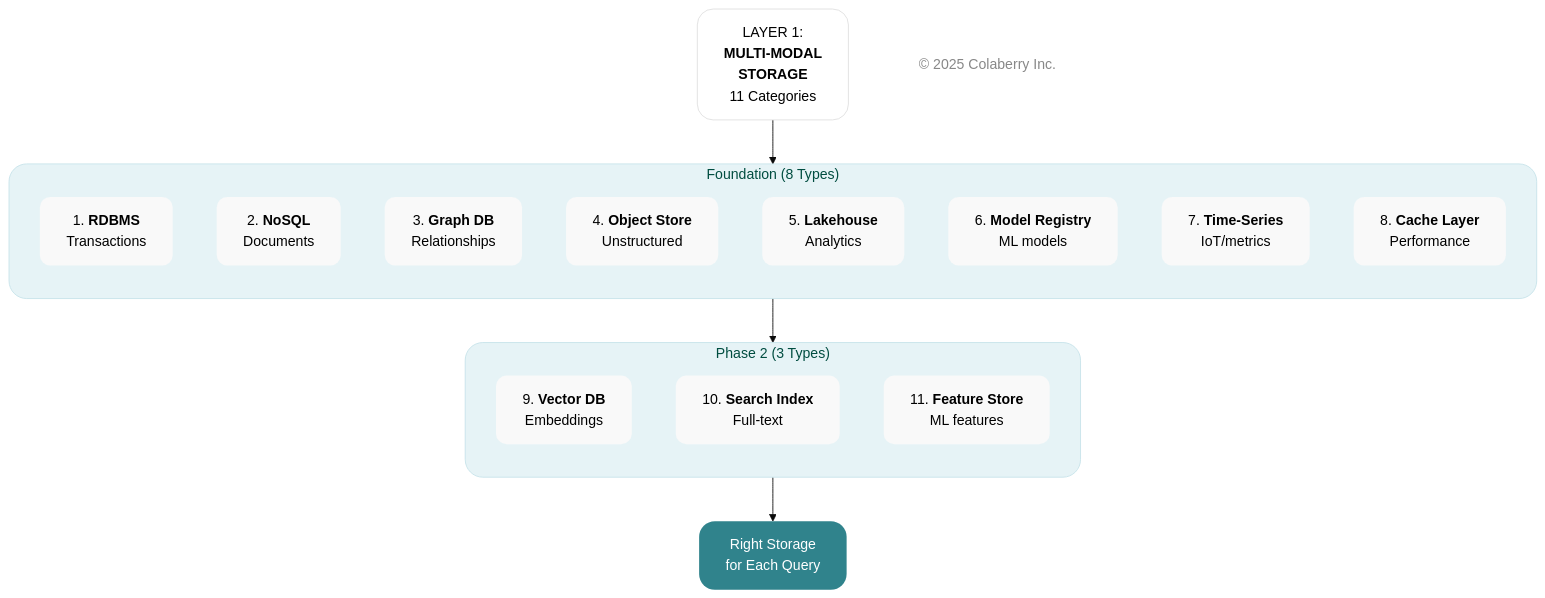
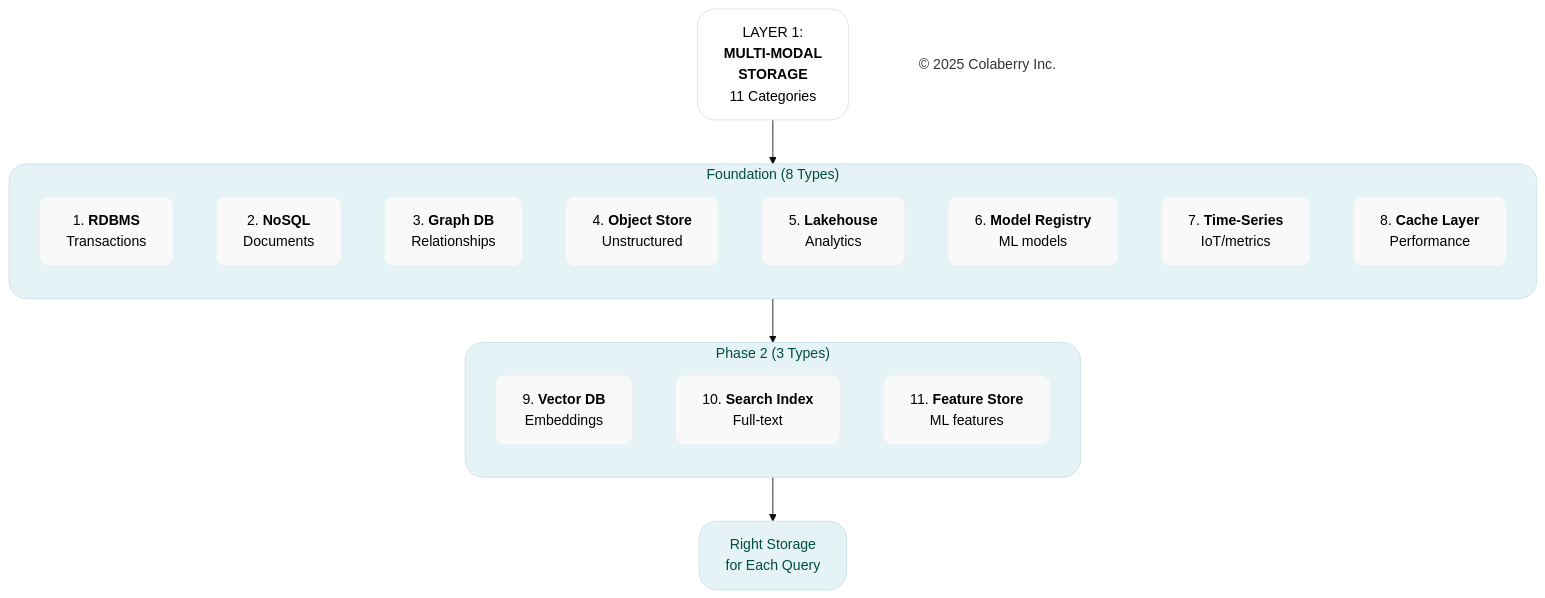
The fifth of 11 diagrams in manuscript/05_chapter_4_foundation_layers.md (saitejesh-cyber/trust-before-intelligence-book), drawn with Mermaid (base theme) before and after one commit. The commit also changed other lines of this file and 4 other files, not shown here.

````diff
--- a/manuscript/05_chapter_4_foundation_layers.md
+++ b/manuscript/05_chapter_4_foundation_layers.md
@@ -395,48 +395,48 @@
 ```mermaid
 
 graph TB
     TITLE["LAYER 1:<br/><b>MULTI-MODAL</b><br/><b>STORAGE</b><br/>11 Categories"]
     
     subgraph FOUNDATION["Foundation (8 Types)"]
         direction TB
         S1["1. <b>RDBMS</b><br/>Transactions"]
         S2["2. <b>NoSQL</b><br/>Documents"]
         S3["3. <b>Graph DB</b><br/>Relationships"]
         S4["4. <b>Object Store</b><br/>Unstructured"]
         S5["5. <b>Lakehouse</b><br/>Analytics"]
         S6["6. <b>Model Registry</b><br/>ML models"]
         S7["7. <b>Time-Series</b><br/>IoT/metrics"]
         S8["8. <b>Cache Layer</b><br/>Performance"]    
     end
     
     subgraph PHASE2["Phase 2 (3 Types)"]
         direction TB
         S9["9. <b>Vector DB</b><br/>Embeddings"]
         S10["10. <b>Search Index</b><br/>Full-text"]
         S11["11. <b>Feature Store</b><br/>ML features"]
     end
     
     OUTPUT["Right Storage<br/>for Each Query"]
     
     Copyright["© 2025 Colaberry Inc."]
 
     TITLE --> FOUNDATION --> PHASE2 --> OUTPUT
 
-    style TITLE fill:#ffffff,stroke:#e0e0e0,stroke-width:1px,color:#000000,rx:18,ry:18
-    style Copyright fill:none,stroke:none,color:#888888
+    style TITLE fill:#ffffff,stroke:#e0e0e0,stroke-width:1px,color:#000000,rx:20,ry:20
+    style Copyright fill:none,stroke:none,color:#333333
     style FOUNDATION fill:#e6f3f6,stroke:#c7e3ea,stroke-width:1px,color:#004d40,rx:20,ry:20
     style PHASE2 fill:#e6f3f6,stroke:#c7e3ea,stroke-width:1px,color:#004d40,rx:20,ry:20
-    style S1 fill:#f9f9f9,stroke:none,color:#000000,rx:12,ry:12
-    style S2 fill:#f9f9f9,stroke:none,color:#000000,rx:12,ry:12
-    style S3 fill:#f9f9f9,stroke:none,color:#000000,rx:12,ry:12
-    style S4 fill:#f9f9f9,stroke:none,color:#000000,rx:12,ry:12
-    style S5 fill:#f9f9f9,stroke:none,color:#000000,rx:12,ry:12
-    style S6 fill:#f9f9f9,stroke:none,color:#000000,rx:12,ry:12
-    style S7 fill:#f9f9f9,stroke:none,color:#000000,rx:12,ry:12
-    style S8 fill:#f9f9f9,stroke:none,color:#000000,rx:12,ry:12
-    style S9 fill:#f9f9f9,stroke:none,color:#000000,rx:12,ry:12
-    style S10 fill:#f9f9f9,stroke:none,color:#000000,rx:12,ry:12
-    style S11 fill:#f9f9f9,stroke:none,color:#000000,rx:12,ry:12
-    style OUTPUT fill:#30838C,stroke:none,color:#ffffff,rx:18,ry:18
+    style S1 fill:#f9f9f9,stroke:none,color:#000000,rx:10,ry:10
+    style S2 fill:#f9f9f9,stroke:none,color:#000000,rx:10,ry:10
+    style S3 fill:#f9f9f9,stroke:none,color:#000000,rx:10,ry:10
+    style S4 fill:#f9f9f9,stroke:none,color:#000000,rx:10,ry:10
+    style S5 fill:#f9f9f9,stroke:none,color:#000000,rx:10,ry:10
+    style S6 fill:#f9f9f9,stroke:none,color:#000000,rx:10,ry:10
+    style S7 fill:#f9f9f9,stroke:none,color:#000000,rx:10,ry:10
+    style S8 fill:#f9f9f9,stroke:none,color:#000000,rx:10,ry:10
+    style S9 fill:#f9f9f9,stroke:none,color:#000000,rx:10,ry:10
+    style S10 fill:#f9f9f9,stroke:none,color:#000000,rx:10,ry:10
+    style S11 fill:#f9f9f9,stroke:none,color:#000000,rx:10,ry:10
+    style OUTPUT fill:#e6f3f6,stroke:#c7e3ea,stroke-width:1px,color:#004d40,rx:20,ry:20
 
 ```
````
